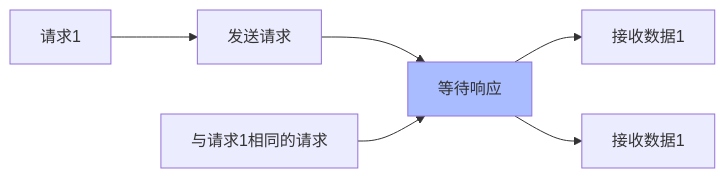
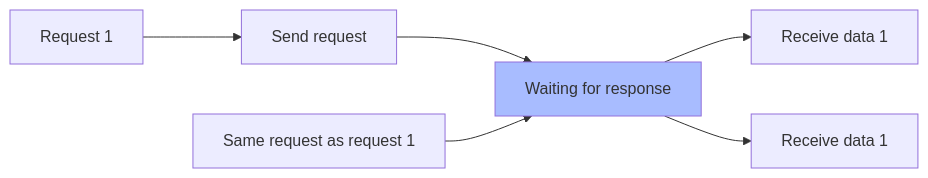
Before and after one commit to alovajs/alovajs.github.io: the diagram in docs/tutorial/02-getting-started/03-method.md, drawn with Mermaid. The commit also changed other lines of this file and 128 other files, not shown here.

````diff
--- a/docs/tutorial/02-getting-started/03-method.md
+++ b/docs/tutorial/02-getting-started/03-method.md
@@ -174,6 +176,6 @@
 ```mermaid
 flowchart LR
-  classDef response fill:#a8bcff
-  R1[请求1] --> S1[发送请求] --> W1[等待响应]:::response --> RE1[接收数据1]
-  R2[与请求1相同的请求] --> W1[等待响应]:::response --> RE2[接收数据1]
+   classDef response fill:#a8bcff
+   R1[Request 1] --> S1[Send request] --> W1[Waiting for response]:::response --> RE1[Receive data 1]
+   R2[Same request as request 1] --> W1[Waiting for response]:::response --> RE2[Receive data 1]
 ```
````
